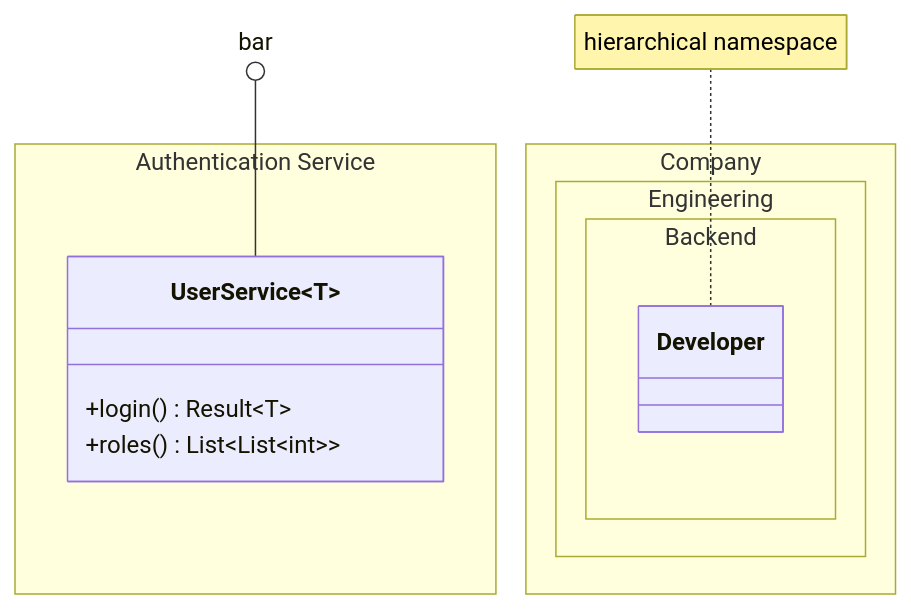
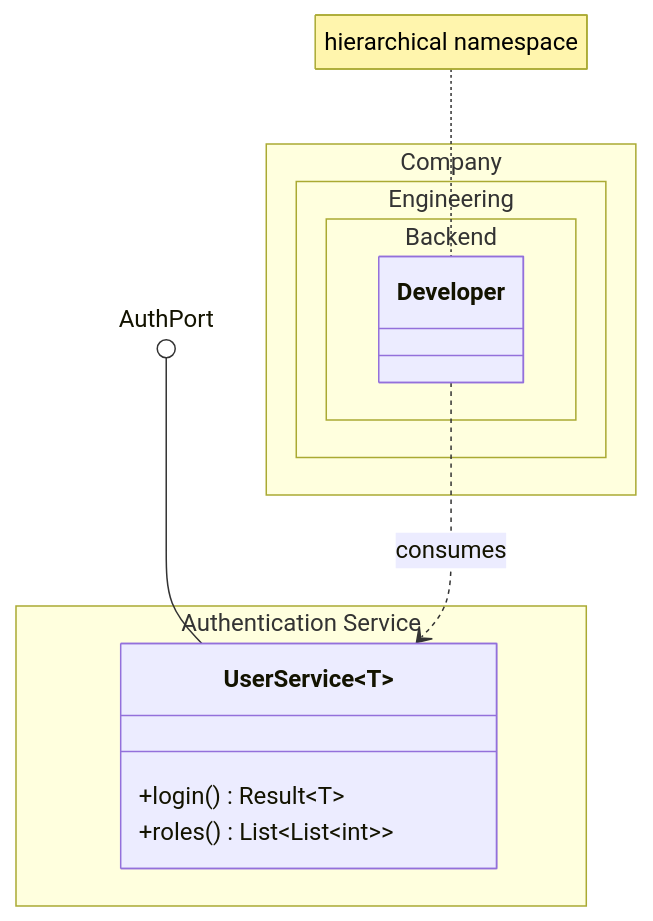
One commit to bsamiee/Rasm changed the fourth of 5 diagrams in .claude/skills/mermaid-diagramming/references/syntax-core.md. Above: the diagram before and after it, drawn with Mermaid. The commit also changed other lines of this file and 38 other files, not shown here.

````diff
--- a/.claude/skills/mermaid-diagramming/references/syntax-core.md
+++ b/.claude/skills/mermaid-diagramming/references/syntax-core.md
@@ -110,14 +114,15 @@
 ```mermaid
 classDiagram
     namespace Auth["Authentication Service"] {
         class UserService~T~ {
             +login() Result~T~
             +roles() List~List~int~~
         }
     }
     namespace Company.Engineering.Backend {
         class Developer
     }
-    bar ()-- UserService
+    AuthPort ()-- UserService
+    Developer ..> UserService : consumes
     note for Developer "hierarchical namespace"
 ```
````
